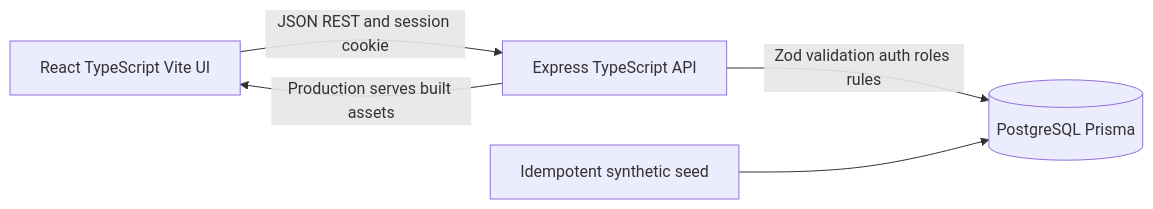
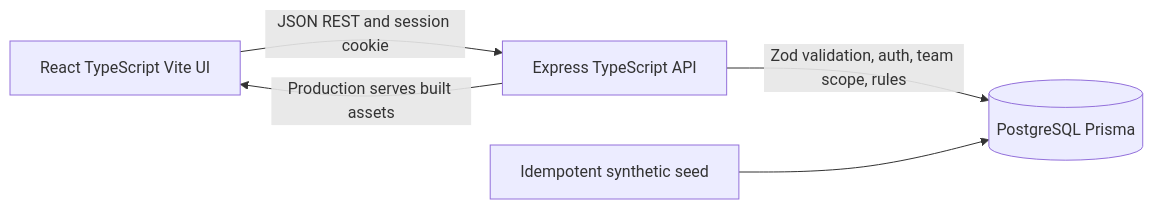
One commit to N0M3KM/CPMS changed the first of 2 diagrams in docs/system-sds.md. Above: the diagram before and after it, drawn with Mermaid. The commit also changed other lines of this file and 21 other files, not shown here.

````diff
--- a/docs/system-sds.md
+++ b/docs/system-sds.md
@@ -17,7 +24,7 @@
 ```mermaid
 flowchart LR
   Browser[React TypeScript Vite UI] -->|JSON REST and session cookie| API[Express TypeScript API]
-  API -->|Zod validation auth roles rules| DB[(PostgreSQL Prisma)]
+  API -->|Zod validation, auth, team scope, rules| DB[(PostgreSQL Prisma)]
   Seed[Idempotent synthetic seed] --> DB
   API -->|Production serves built assets| Browser
 ```
````
